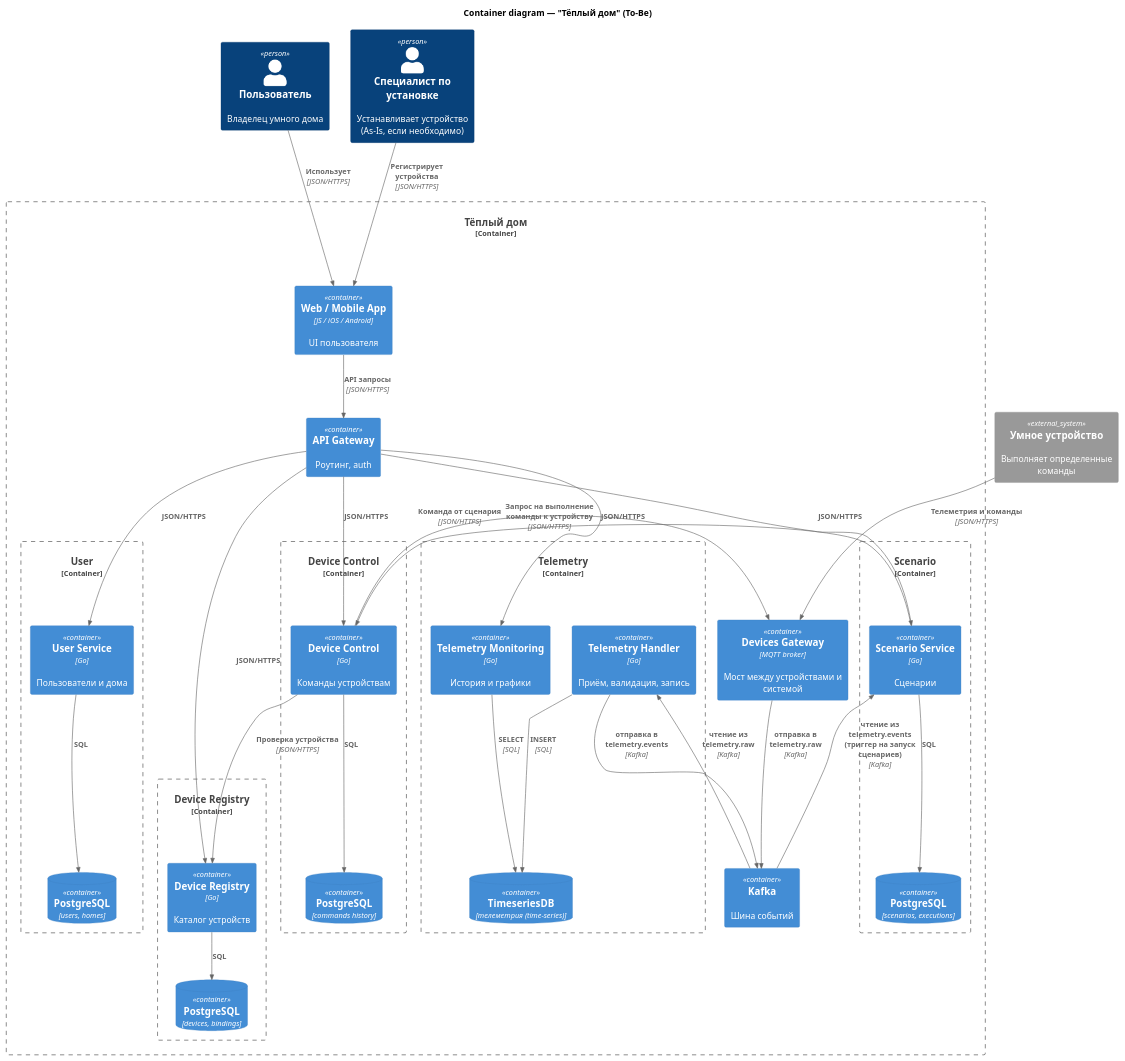
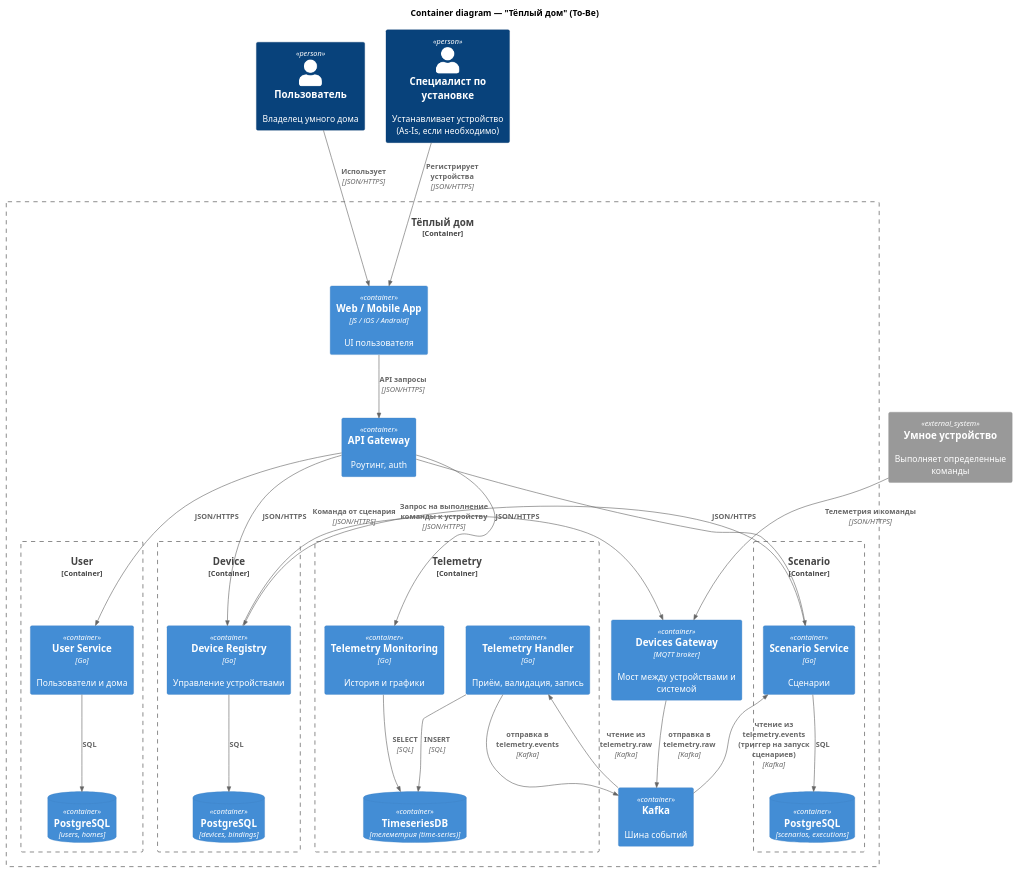
The diagram in diagrams/context/SmartHome_Container.puml (drunkendolphin2-ai/architecture-warmhouse), drawn with PlantUML before and after one commit. The commit also changed 2 other files, not shown here.

Commit message:
создал первую диаграмму компонентов сервиса сценариев + отредактировал домены

```diff
--- a/diagrams/context/SmartHome_Container.puml
+++ b/diagrams/context/SmartHome_Container.puml
@@ -1,79 +1,71 @@
 @startuml
 !includeurl https://raw.githubusercontent.com/plantuml-stdlib/C4-PlantUML/master/C4_Container.puml
 
 title Container diagram — "Тёплый дом" (To-Be)
 
 Person(user, "Пользователь", "Владелец умного дома")
 Person(specialist, "Специалист по установке", "Устанавливает устройство (As-Is, если необходимо)")
 
 System_Ext(device, "Умное устройство", "Выполняет определенные команды")
 
 Container_Boundary(warmHouse, "Тёплый дом") {
 
     Container(webApp, "Web / Mobile App", "JS / iOS / Android", "UI пользователя")
     Container(apiGw, "API Gateway", "", "Роутинг, auth")
     Container(iotGw, "Devices Gateway", "MQTT broker", "Мост между устройствами и системой")
     Container(broker, "Kafka", "", "Шина событий")
 
     Container_Boundary(b_user, "User") {
         Container(userService, "User Service", "Go", "Пользователи и дома")
         ContainerDb(pgUser, "PostgreSQL", "users, homes")
     }
 
-    Container_Boundary(b_registry, "Device Registry") {
-        Container(deviceRegistry, "Device Registry", "Go", "Каталог устройств")
-        ContainerDb(pgDeviceRegistry, "PostgreSQL", "devices, bindings")
-    }
-
-    Container_Boundary(b_control, "Device Control") {
-        Container(deviceControl, "Device Control", "Go", "Команды устройствам")
-        ContainerDb(pgDeviceControl, "PostgreSQL", "commands history")
+    Container_Boundary(b_device, "Device") {
+        Container(deviceService, "Device Registry", "Go", "Управление устройствами")
+        ContainerDb(pgDevice, "PostgreSQL", "devices, bindings")
     }
 
     Container_Boundary(b_telemetry, "Telemetry") {
         Container(telemetryIn, "Telemetry Handler", "Go", "Приём, валидация, запись")
         Container(telemetryMonitoring, "Telemetry Monitoring", "Go", "История и графики")
         ContainerDb(tsdb, "TimeseriesDB", "телеметрия (time-series)")
     }
 
     Container_Boundary(b_scenario, "Scenario") {
         Container(scenarioService, "Scenario Service", "Go", "Сценарии")
         ContainerDb(pgScenario, "PostgreSQL", "scenarios, executions")
     }
 }
 
 ' Пользователи
 Rel(user, webApp, "Использует", "JSON/HTTPS")
 Rel(specialist, webApp, "Регистрирует устройства", "JSON/HTTPS")
 Rel(webApp, apiGw, "API запросы", "JSON/HTTPS")
 
 ' Запросы пользователей через Gateway
 Rel(apiGw, userService, "JSON/HTTPS")
-Rel(apiGw, deviceRegistry, "JSON/HTTPS")
-Rel(apiGw, deviceControl, "JSON/HTTPS")
+Rel(apiGw, deviceService, "JSON/HTTPS")
 Rel(apiGw, telemetryMonitoring, "JSON/HTTPS")
 Rel(apiGw, scenarioService, "JSON/HTTPS")
 
 ' Межсервисные запросы
-Rel(deviceControl, deviceRegistry, "Проверка устройства", "JSON/HTTPS")
-Rel(scenarioService, deviceControl, "Команда от сценария", "JSON/HTTPS")
+Rel(scenarioService, deviceService, "Команда от сценария", "JSON/HTTPS")
 
 ' Async через Kafka
 Rel(broker, telemetryIn, "чтение из telemetry.raw", "Kafka")
 Rel(telemetryIn, broker, "отправка в telemetry.events", "Kafka")
 Rel(broker, scenarioService, "чтение из telemetry.events (триггер на запуск сценариев)", "Kafka")
 
 ' Устройства
 Rel(device, iotGw, "Телеметрия и команды", "JSON/HTTPS")
 Rel(iotGw, broker, "отправка в telemetry.raw", "Kafka")
-Rel(deviceControl, iotGw, "Запрос на выполнение команды к устройству", "JSON/HTTPS")
+Rel(deviceService, iotGw, "Запрос на выполнение команды к устройству", "JSON/HTTPS")
 
 ' БД
 Rel(userService, pgUser, "SQL")
-Rel(deviceRegistry, pgDeviceRegistry, "SQL")
-Rel(deviceControl, pgDeviceControl, "SQL")
+Rel(deviceService, pgDevice, "SQL")
 Rel(telemetryIn, tsdb, "INSERT", "SQL")
 Rel(telemetryMonitoring, tsdb, "SELECT", "SQL")
 Rel(scenarioService, pgScenario, "SQL")
 
 @enduml
```
